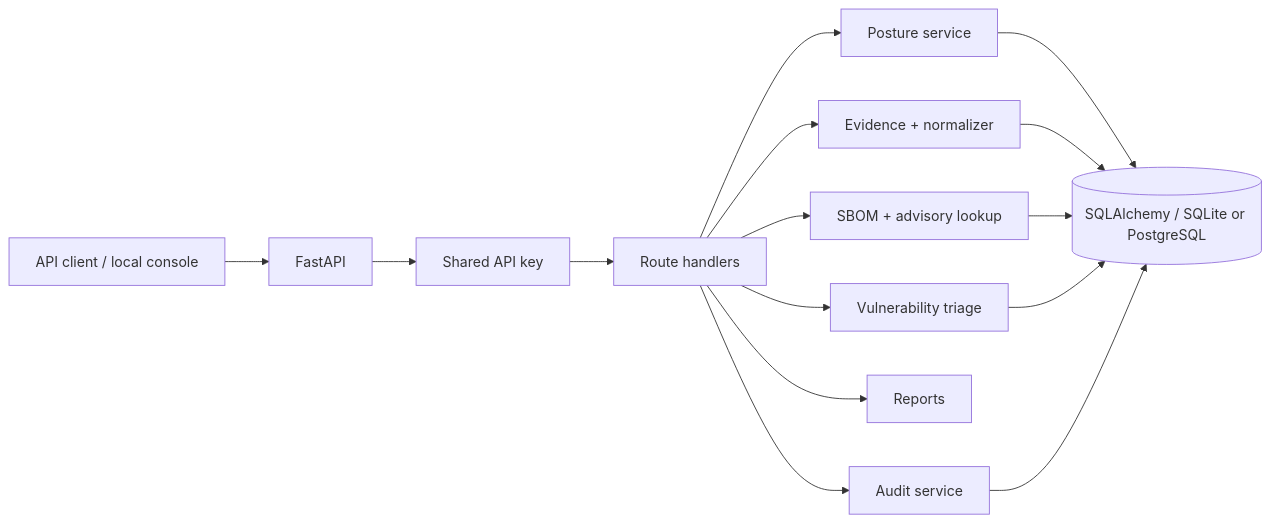
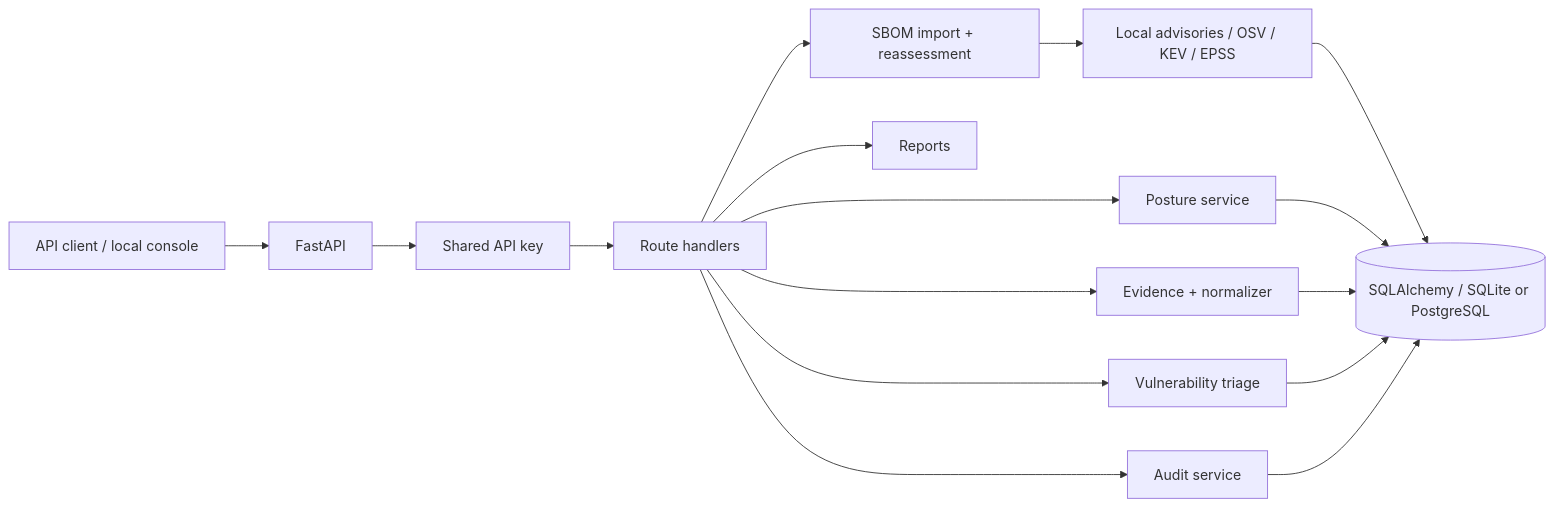
The diagram in README.md (silvatechf/DeviceTrust), drawn with Mermaid before and after one commit. The commit also changed other lines of this file, not shown here.

Commit message:
docs: align README with merged reassessment and KEV EPSS work

````diff
--- a/README.md
+++ b/README.md
@@ -86,17 +90,18 @@
 ```mermaid
 flowchart LR
     CLIENT[API client / local console] --> API[FastAPI]
     API --> AUTH[Shared API key]
     AUTH --> ROUTES[Route handlers]
     ROUTES --> POSTURE[Posture service]
     ROUTES --> EVIDENCE[Evidence + normalizer]
-    ROUTES --> SBOM[SBOM + advisory lookup]
+    ROUTES --> SBOM[SBOM import + reassessment]
+    SBOM --> INTEL[Local advisories / OSV / KEV / EPSS]
     ROUTES --> TRIAGE[Vulnerability triage]
     ROUTES --> REPORT[Reports]
     ROUTES --> AUDIT[Audit service]
-    POSTURE --> DB[(SQLAlchemy / SQLite or PostgreSQL)]
+    INTEL --> DB[(SQLAlchemy / SQLite or PostgreSQL)]
+    POSTURE --> DB
     EVIDENCE --> DB
-    SBOM --> DB
     TRIAGE --> DB
     AUDIT --> DB
 ```
````
